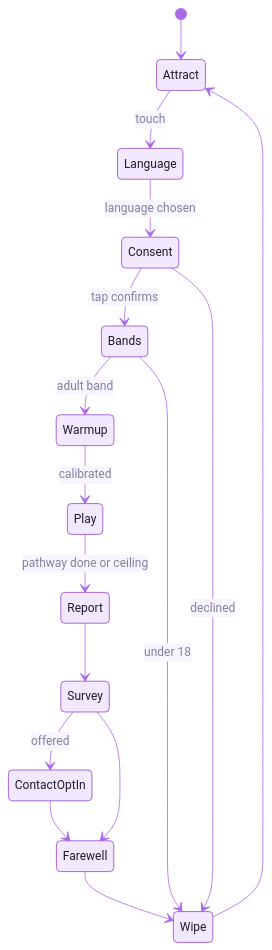
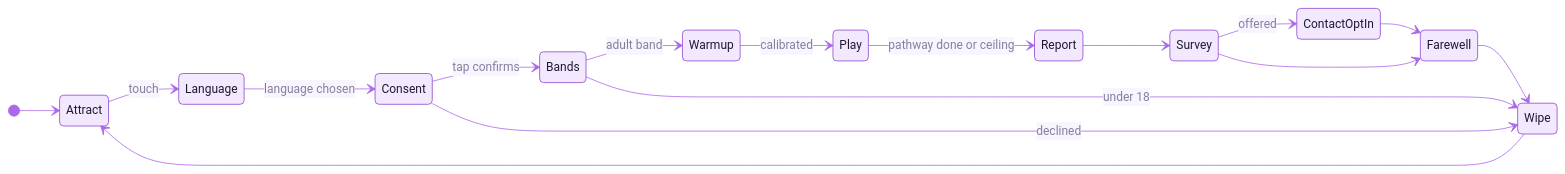
One commit to cxacraftecosystem-ui/behavioural-games changed the third of 3 diagrams in README.md. Above: the diagram before and after it, drawn with Mermaid. The commit also changed other lines of this file, not shown here.

Commit message:
README: the architecture diagram stacks top to bottom and the session statechart reads left to right, so both stay legible at column width

````diff
--- a/README.md
+++ b/README.md
@@ -140,19 +140,20 @@
 ```mermaid
 %%{init: {"theme":"base","themeVariables":{"fontFamily":"Inter, ui-sans-serif, system-ui, -apple-system, Segoe UI, Roboto, Helvetica, Arial, sans-serif","fontSize":"15px","primaryColor":"#F2E9FE","primaryTextColor":"#1E1B2E","primaryBorderColor":"#9148D2","secondaryColor":"#FAEECD","secondaryTextColor":"#1E1B2E","secondaryBorderColor":"#CD9200","tertiaryColor":"#F3F1FA","tertiaryTextColor":"#1E1B2E","tertiaryBorderColor":"#A7A3BC","mainBkg":"#F2E9FE","nodeBorder":"#9148D2","nodeTextColor":"#1E1B2E","lineColor":"#AA69E9","textColor":"#857F9E","edgeLabelBackground":"#F9F5FF","clusterBkg":"#F9F5FF","clusterBorder":"#D6B6FB","titleColor":"#762CB1","noteBkgColor":"#FAEECD","noteTextColor":"#1E1B2E","noteBorderColor":"#CD9200","actorBkg":"#F2E9FE","actorBorder":"#9148D2","actorTextColor":"#1E1B2E","actorLineColor":"#AA69E9","signalColor":"#AA69E9","signalTextColor":"#857F9E","labelBoxBkgColor":"#F2E9FE","labelBoxBorderColor":"#9148D2","labelTextColor":"#1E1B2E","loopTextColor":"#857F9E","activationBkgColor":"#E7D5FE","activationBorderColor":"#9148D2","sequenceNumberColor":"#FFFFFF","transitionColor":"#AA69E9","transitionLabelColor":"#857F9E","stateLabelColor":"#1E1B2E","stateBkg":"#F2E9FE","compositeBackground":"#F9F5FF","compositeTitleBackground":"#F2E9FE","attributeBackgroundColorOdd":"#FFFFFF","attributeBackgroundColorEven":"#F9F5FF","relationColor":"#AA69E9","relationLabelBackground":"#F9F5FF","relationLabelColor":"#1E1B2E"}}}%%
 stateDiagram-v2
+  direction LR
   [*] --> Attract
   Attract --> Language: touch
   Language --> Consent: language chosen
   Consent --> Bands: tap confirms
   Bands --> Warmup: adult band
   Warmup --> Play: calibrated
   Play --> Report: pathway done or ceiling
   Report --> Survey
   Survey --> ContactOptIn: offered
   Survey --> Farewell
   ContactOptIn --> Farewell
   Farewell --> Wipe
   Consent --> Wipe: declined
   Bands --> Wipe: under 18
   Wipe --> Attract
 ```
````
